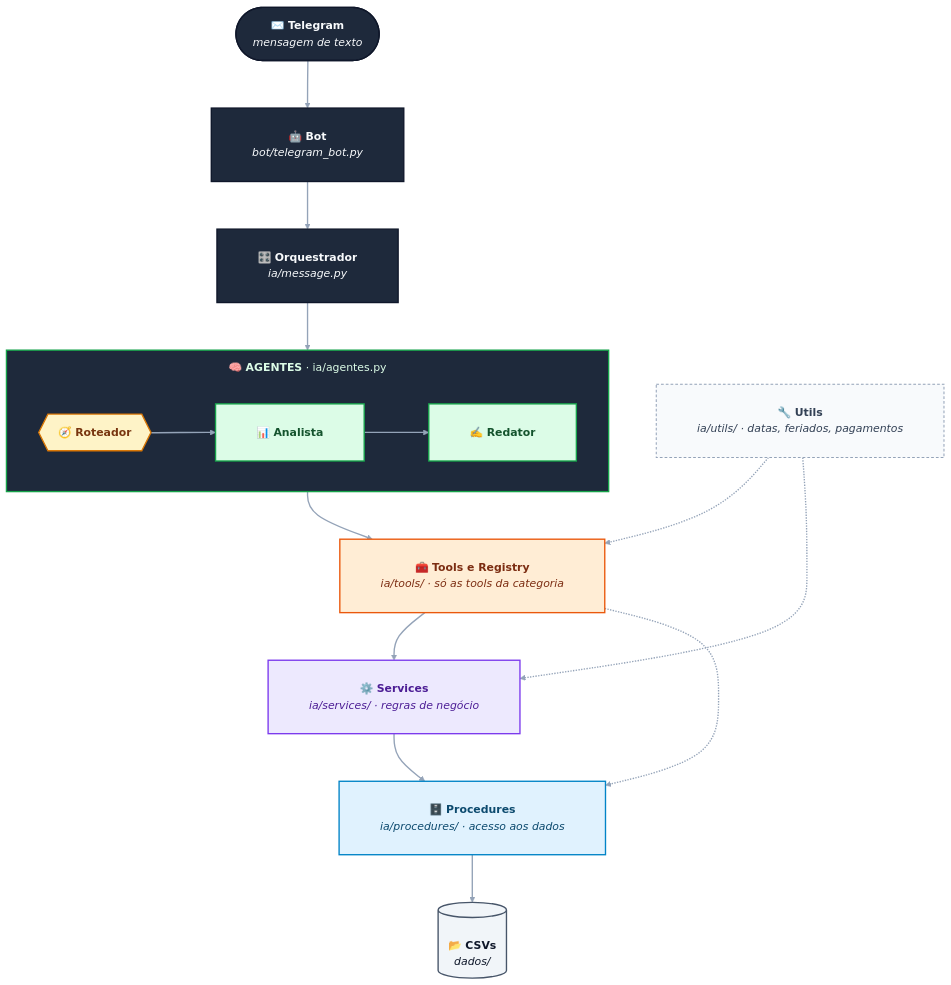
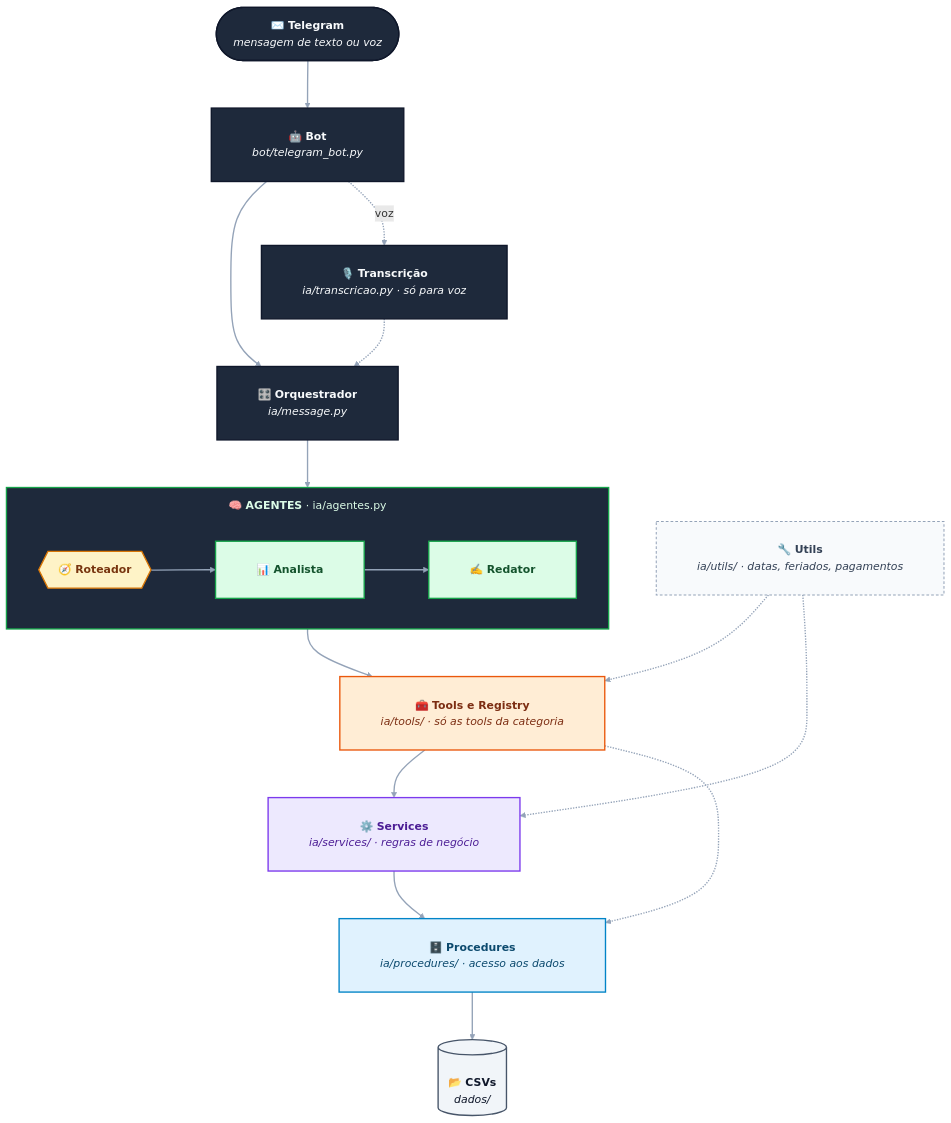
Before and after one commit to McLorem-Tecnologia/api-1-semestre-2026: the first of 4 diagrams in docs/cliente/tecnico/Arquitetura.md, drawn with Mermaid. The commit also changed other lines of this file and 5 other files, not shown here.

````diff
--- a/docs/cliente/tecnico/Arquitetura.md
+++ b/docs/cliente/tecnico/Arquitetura.md
@@ -24,60 +25,63 @@
 ```mermaid
 %%{init: {
   'flowchart': {'nodeSpacing': 70, 'rankSpacing': 70, 'padding': 30, 'wrappingWidth': 320, 'subGraphTitleMargin': {'top': 14, 'bottom': 20}},
   'themeVariables': {'fontSize': '16px', 'clusterBkg': '#1e293b', 'clusterBorder': '#16a34a', 'titleColor': '#dcfce7'}
 }}%%
 flowchart TD
     T(["`✉️ **Telegram**
-    *mensagem de texto*`"])
+    *mensagem de texto ou voz*`"])
     B["`🤖 **Bot**
     *bot/telegram_bot.py*`"]
+    TR["`🎙️ **Transcrição**
+    *ia/transcricao.py · só para voz*`"]
     M["`🎛️ **Orquestrador**
     *ia/message.py*`"]
 
     subgraph AGENTES ["`🧠 **AGENTES** · ia/agentes.py`"]
         direction LR
         R{{"`🧭 **Roteador**`"}}
         A["`📊 **Analista**`"]
         W["`✍️ **Redator**`"]
         R --> A --> W
     end
 
     TL["`🧰 **Tools e Registry**
     *ia/tools/ · só as tools da categoria*`"]
     S["`⚙️ **Services**
     *ia/services/ · regras de negócio*`"]
     P["`🗄️ **Procedures**
     *ia/procedures/ · acesso aos dados*`"]
     D[("`📂 **CSVs**
     *dados/*`")]
     UT["`🔧 **Utils**
     *ia/utils/ · datas, feriados, pagamentos*`"]
 
     T --> B --> M --> AGENTES
+    B -.->|"voz"| TR -.-> M
     AGENTES --> TL
     TL --> S --> P --> D
     TL -.-> P
     UT -.-> TL
     UT -.-> S
 
     classDef io fill:#1e293b,stroke:#0f172a,color:#f8fafc,stroke-width:2px
     classDef router fill:#fef3c7,stroke:#d97706,color:#78350f,stroke-width:2px
     classDef agent fill:#dcfce7,stroke:#16a34a,color:#14532d,stroke-width:2px
     classDef tools fill:#ffedd5,stroke:#ea580c,color:#7c2d12,stroke-width:2px
     classDef service fill:#ede9fe,stroke:#7c3aed,color:#4c1d95,stroke-width:2px
     classDef proc fill:#e0f2fe,stroke:#0284c7,color:#0c4a6e,stroke-width:2px
     classDef data fill:#f1f5f9,stroke:#475569,color:#0f172a,stroke-width:2px
     classDef util fill:#f8fafc,stroke:#94a3b8,color:#334155,stroke-width:1.5px,stroke-dasharray:4 3
 
-    class T,B,M io
+    class T,B,M,TR io
     class R router
     class A,W agent
     class TL tools
     class S service
     class P proc
     class D data
     class UT util
 
     style AGENTES fill:#1e293b,stroke:#16a34a,stroke-width:2px,color:#dcfce7
     linkStyle default stroke:#94a3b8,stroke-width:2px
 ```
````
